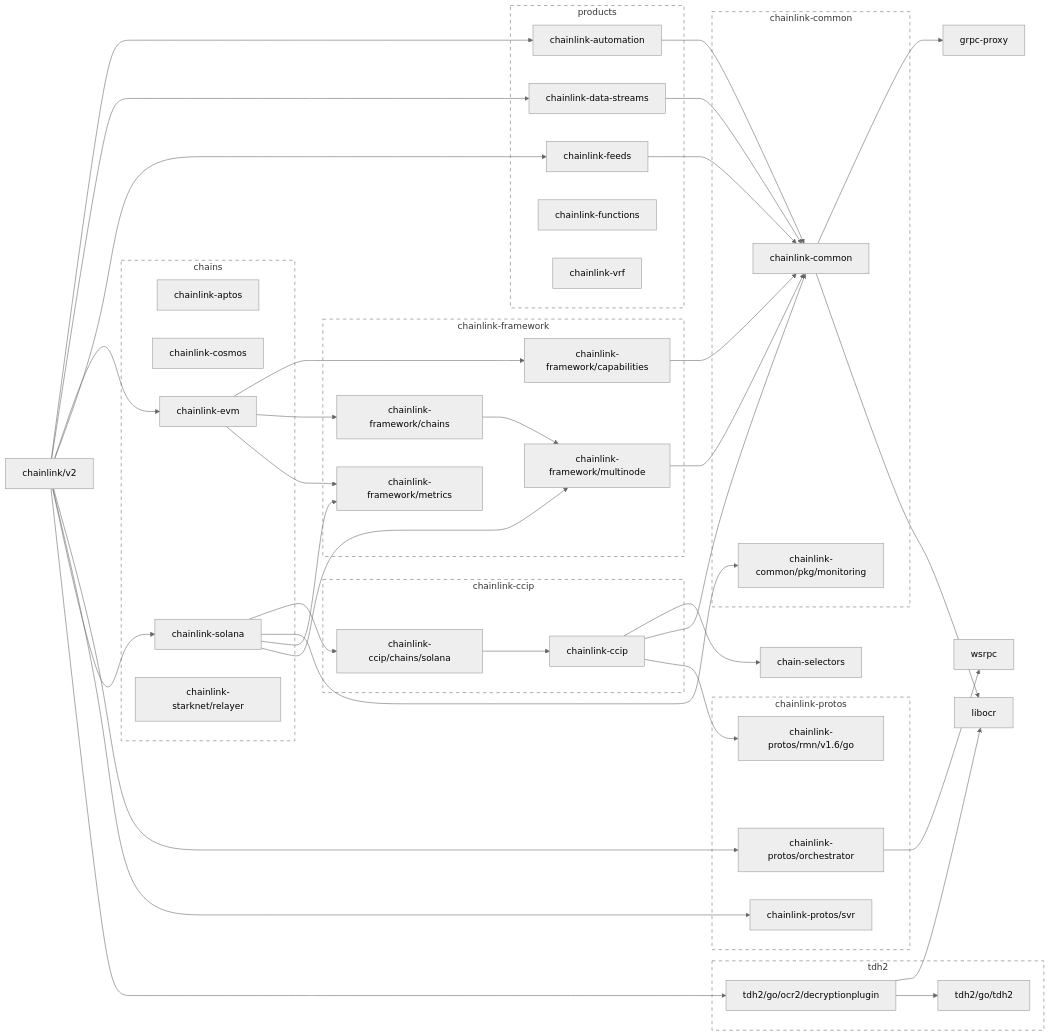
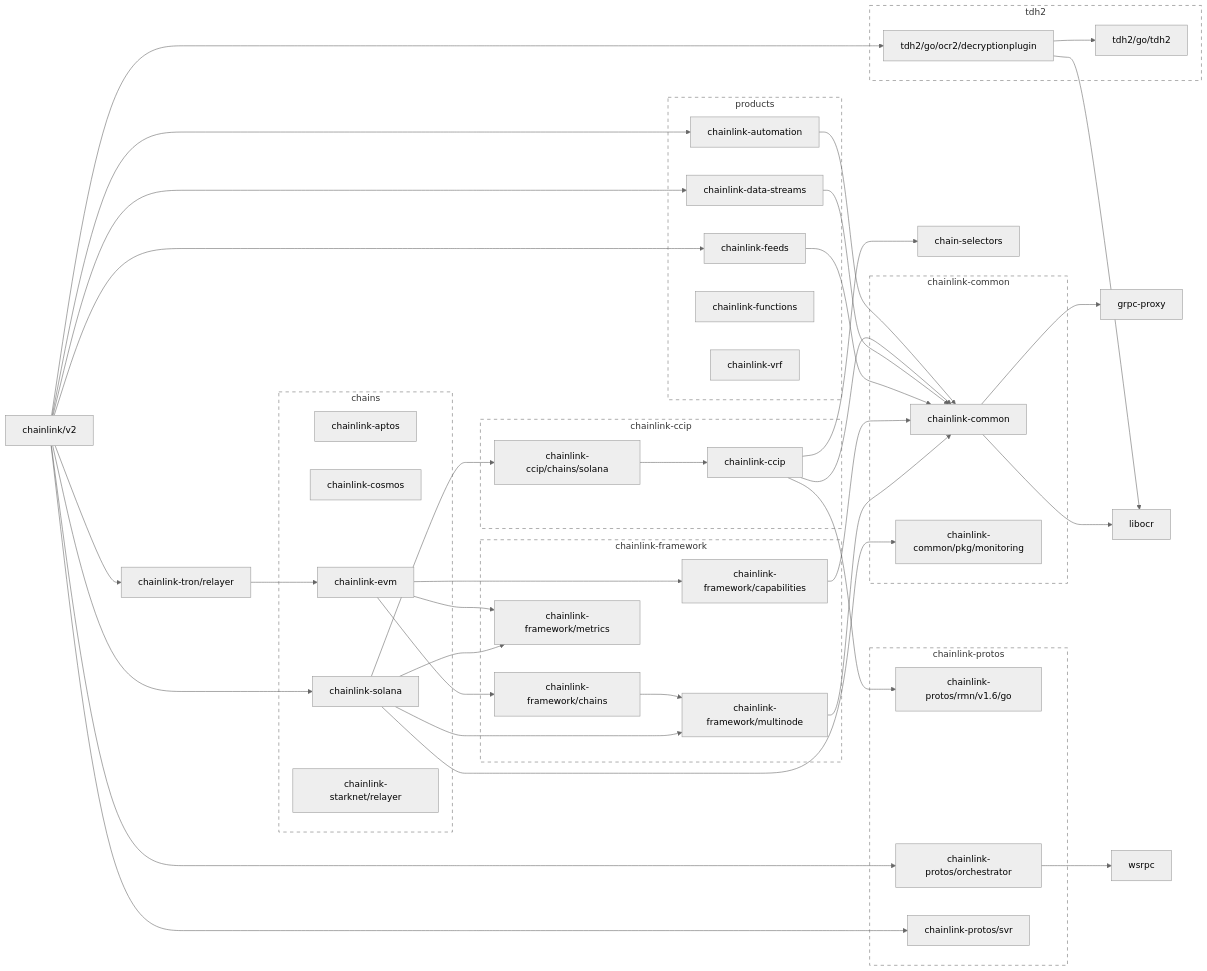
The first of 2 diagrams in go.md (JohnDaWalka/chainlink), drawn with Mermaid (neutral theme) before and after one commit. The commit also changed other lines of this file and 24 other files, not shown here.

```diff
--- a/go.md
+++ b/go.md
@@ -63,13 +63,15 @@
 	chainlink-solana --> chainlink-framework/metrics
 	chainlink-solana --> chainlink-framework/multinode
 	click chainlink-solana href "https://github.com/smartcontractkit/chainlink-solana"
+	chainlink-tron/relayer --> chainlink-evm
+	click chainlink-tron/relayer href "https://github.com/smartcontractkit/chainlink-tron"
 	chainlink/v2 --> chainlink-automation
 	chainlink/v2 --> chainlink-data-streams
-	chainlink/v2 --> chainlink-evm
 	chainlink/v2 --> chainlink-feeds
 	chainlink/v2 --> chainlink-protos/orchestrator
 	chainlink/v2 --> chainlink-protos/svr
 	chainlink/v2 --> chainlink-solana
+	chainlink/v2 --> chainlink-tron/relayer
 	chainlink/v2 --> tdh2/go/ocr2/decryptionplugin
 	click chainlink/v2 href "https://github.com/smartcontractkit/chainlink"
 	grpc-proxy
```
